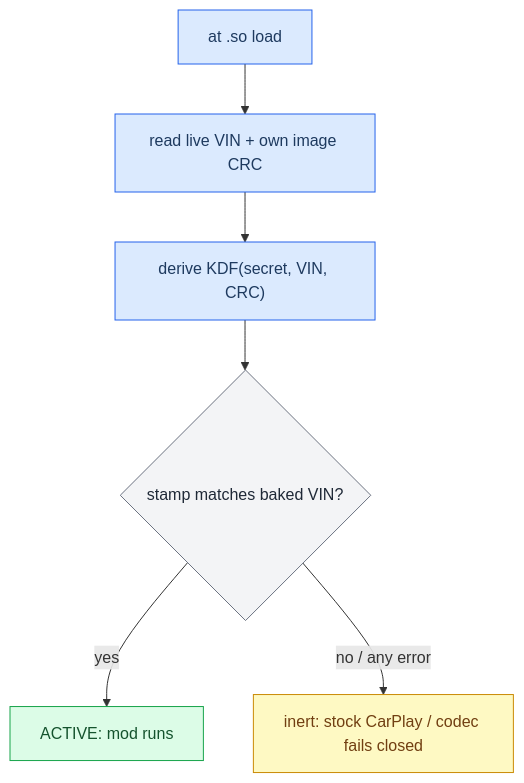
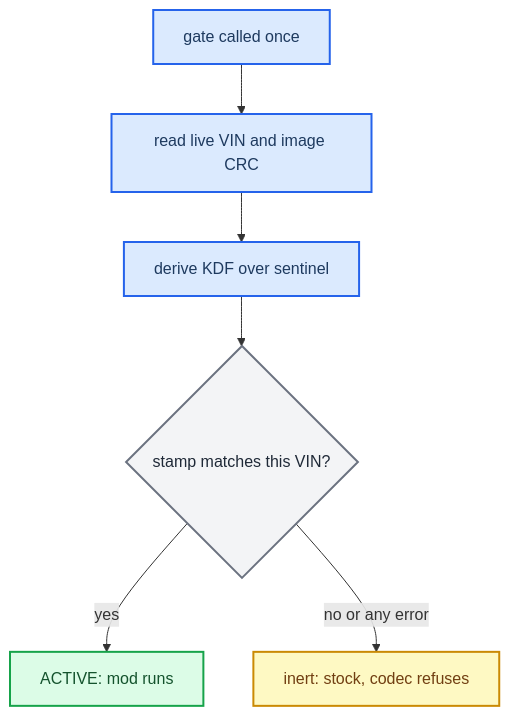
The diagram in docs-obsidian/Build and Deploy/VIN Protection.md (luka-dev/mib2q-carplay-rgi), drawn with Mermaid before and after one commit. The commit also changed other lines of this file and 43 other files, not shown here.

````diff
--- a/docs-obsidian/Build and Deploy/VIN Protection.md
+++ b/docs-obsidian/Build and Deploy/VIN Protection.md
@@ -20,22 +25,25 @@
 ```mermaid
 flowchart TB
-  accTitle: VIN gate decision at load
-  accDescr: At load the gate reads the live VIN and checksums its own image, derives the stamp, and compares; a match activates the mod, any mismatch or error falls open to inert stock.
-  load["at .so load"]
-  read["read live VIN + own image CRC"]
-  derive["derive KDF(secret, VIN, CRC)"]
-  cmp{"stamp matches baked VIN?"}
+  accTitle: VIN gate decision at first use
+  accDescr: The gate reads the live VIN and checksums its own image, derives the stamp and compares it. A match activates the mod; any mismatch or error falls back to inert stock.
+
+  load["gate called once"]
+  read["read live VIN and image CRC"]
+  derive["derive KDF over sentinel"]
+  cmp{"stamp matches this VIN?"}
   active["ACTIVE: mod runs"]
-  inert["inert: stock CarPlay / codec fails closed"]
+  inert["inert: stock, codec refuses"]
+
   load --> read --> derive --> cmp
   cmp -->|yes| active
-  cmp -->|"no / any error"| inert
+  cmp -->|"no or any error"| inert
+
+  classDef primary fill:#dbeafe,stroke:#2563eb,stroke-width:2px,color:#1e3a5f
+  classDef success fill:#dcfce7,stroke:#16a34a,stroke-width:2px,color:#14532d
+  classDef warning fill:#fef9c3,stroke:#ca8a04,stroke-width:2px,color:#713f12
+  classDef neutral fill:#f3f4f6,stroke:#6b7280,stroke-width:2px,color:#1f2937
   class load,read,derive primary
   class active success
   class inert warning
   class cmp neutral
-  classDef primary fill:#dbeafe,stroke:#2563eb,color:#1e3a5f
-  classDef success fill:#dcfce7,stroke:#16a34a,color:#14532d
-  classDef warning fill:#fef9c3,stroke:#ca8a04,color:#713f12
-  classDef neutral fill:#f3f4f6,stroke:#6b7280,color:#1f2937
 ```
````
